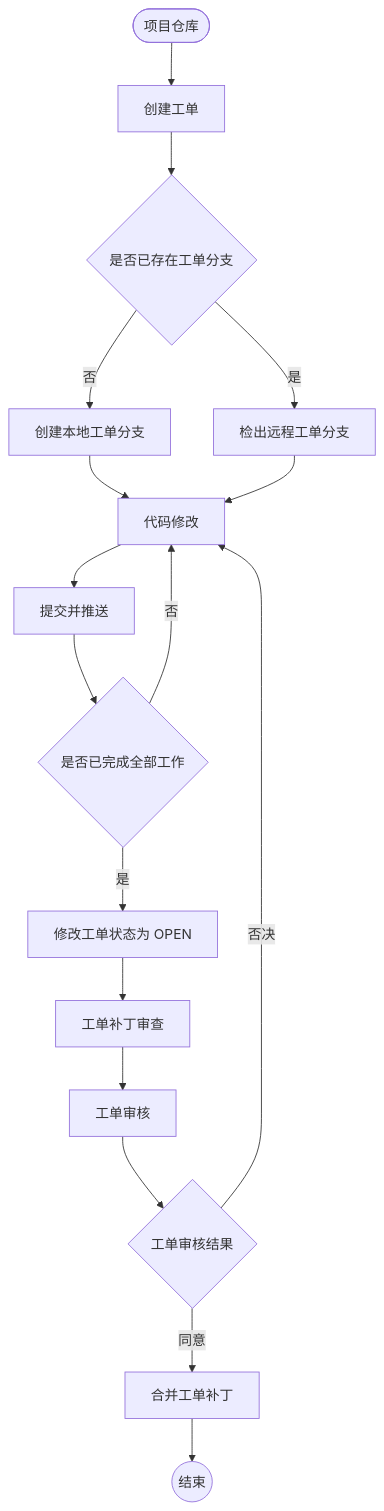
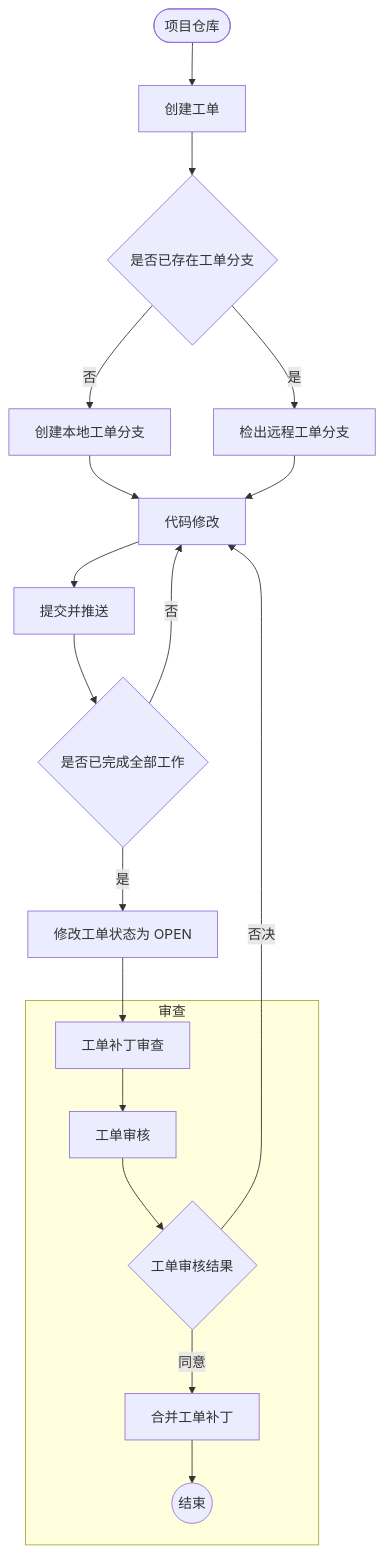
Before and after one commit to fschenzihao/document: the diagram in docs/git/gitblit-cookbook.md, drawn with Mermaid.

Commit message:
feat: 流程图新增子图

````diff
--- a/docs/git/gitblit-cookbook.md
+++ b/docs/git/gitblit-cookbook.md
@@ -7,19 +7,27 @@
 ```mermaid
 flowchart TB
     A([项目仓库]) --> B[创建工单]
     B --> C{是否已存在工单分支}
     C -->|是| D[检出远程工单分支]
     C -->|否| E[创建本地工单分支]
     E --> F[代码修改]
     D --> F
     F --> G[提交并推送]
     G --> H{是否已完成全部工作}
     H -->|否| F
     H -->|是| I[修改工单状态为 OPEN]
     I --> J[工单补丁审查]
     J --> K[工单审核]
     K --> L{工单审核结果}
     L -->|同意| M[合并工单补丁]
     L -->|否决| F
     M --> N((结束))
+
+   subgraph 审查
+      J
+      K
+      L
+      M
+      N
+   end
 ```
````
